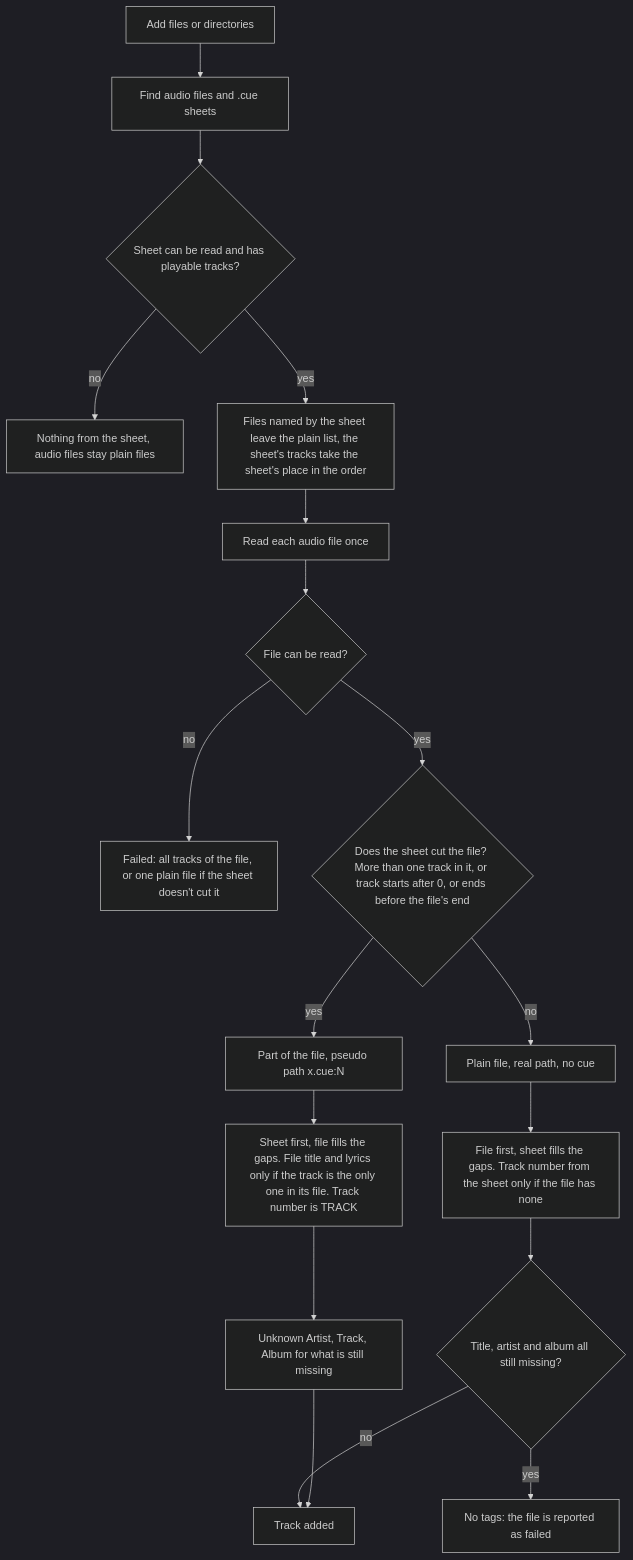
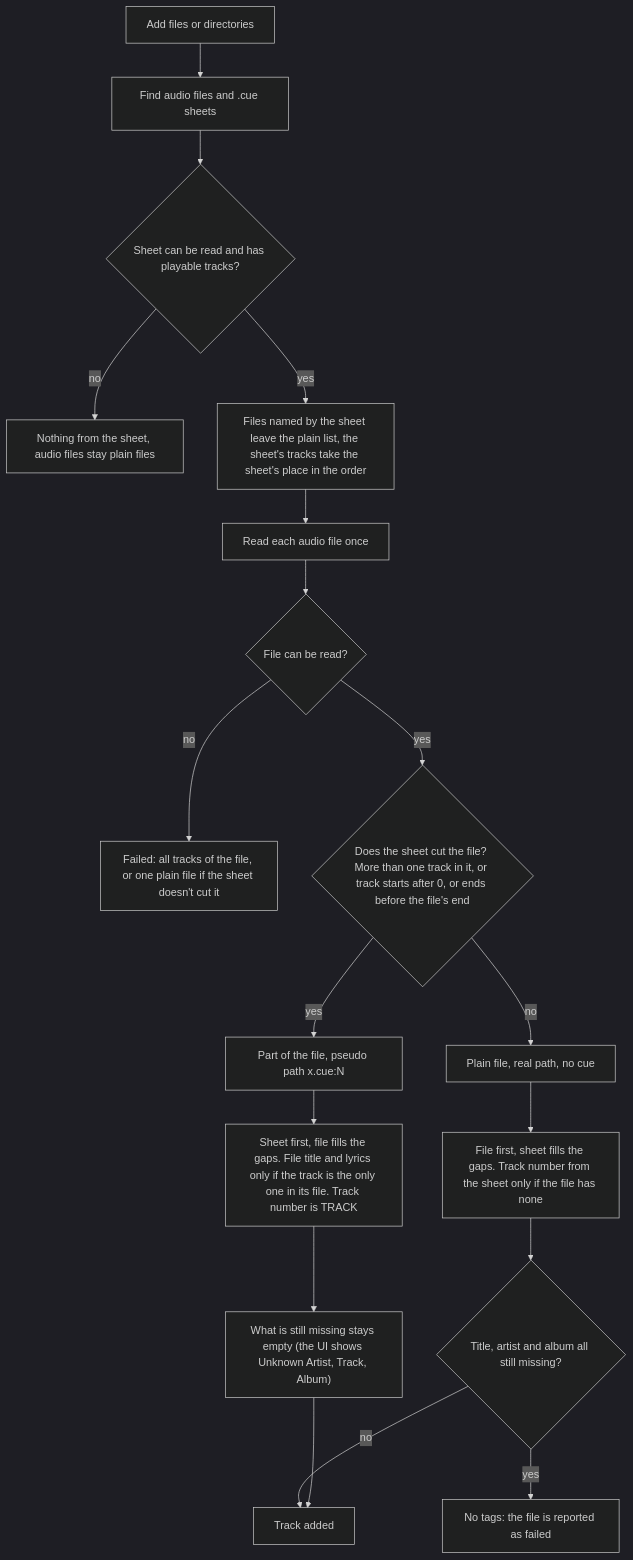
One commit to deseven/iCanHazMusic changed the diagram in dev-docs/cue.md. Above: the diagram before and after it, drawn with Mermaid (dark theme). The commit also changed other lines of this file and 29 other files, not shown here.

````diff
--- a/dev-docs/cue.md
+++ b/dev-docs/cue.md
@@ -30,20 +30,20 @@
 ```mermaid
 flowchart TD
     A["Add files or directories"] --> B["Find audio files and .cue sheets"]
     B --> C{"Sheet can be read and has playable tracks?"}
     C -- no --> P0["Nothing from the sheet, audio files stay plain files"]
     C -- yes --> D["Files named by the sheet leave the plain list, the sheet's tracks take the sheet's place in the order"]
     D --> E["Read each audio file once"]
     E --> F{"File can be read?"}
     F -- no --> X["Failed: all tracks of the file, or one plain file if the sheet doesn't cut it"]
     F -- yes --> G{"Does the sheet cut the file? More than one track in it, or track starts after 0, or ends before the file's end"}
     G -- yes --> H["Part of the file, pseudo path x.cue:N"]
     G -- no --> I["Plain file, real path, no cue"]
     H --> J["Sheet first, file fills the gaps. File title and lyrics only if the track is the only one in its file. Track number is TRACK"]
     I --> K["File first, sheet fills the gaps. Track number from the sheet only if the file has none"]
-    J --> L["Unknown Artist, Track, Album for what is still missing"]
+    J --> L["What is still missing stays empty (the UI shows Unknown Artist, Track, Album)"]
     K --> M{"Title, artist and album all still missing?"}
     M -- yes --> N["No tags: the file is reported as failed"]
     M -- no --> O["Track added"]
     L --> O
 ```
````
